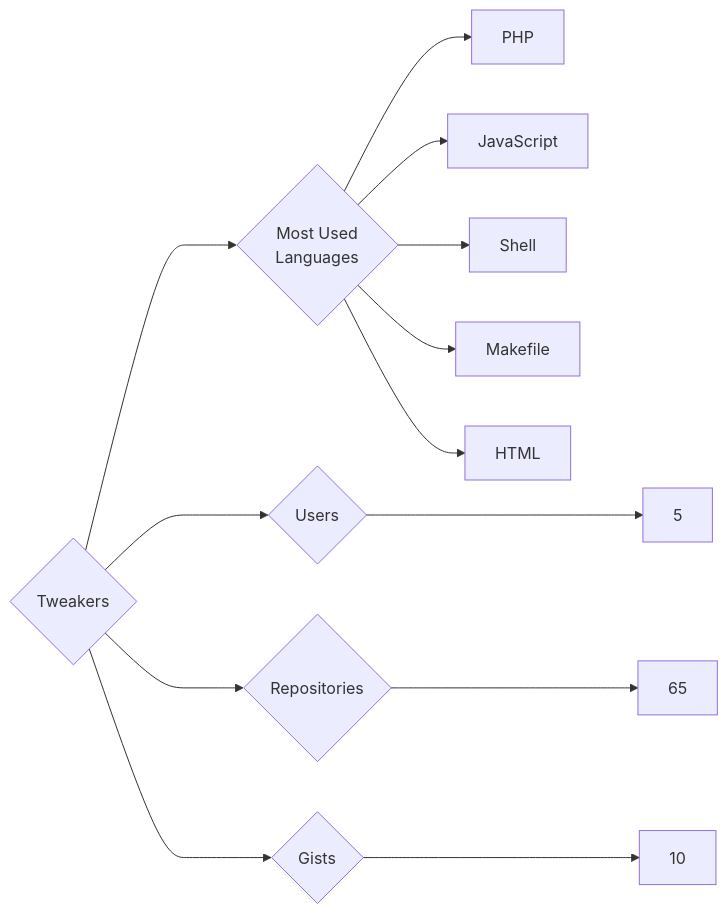
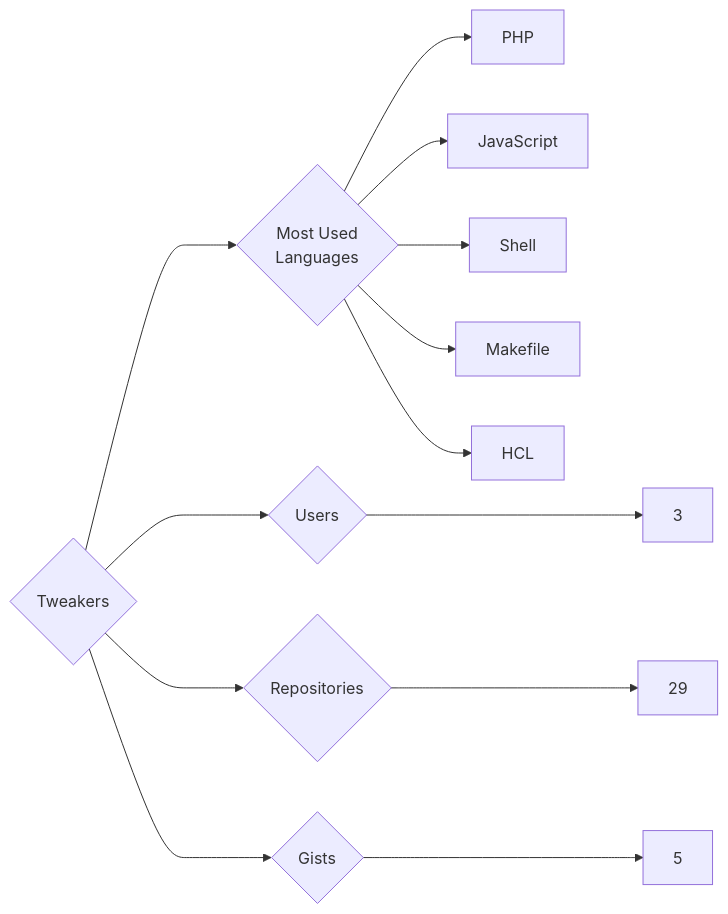
One commit to trickest/insiders changed the diagram in targets/Tweakers/README.md. Above: the diagram before and after it, drawn with Mermaid. The commit also changed 920 other files, not shown here.

````diff
--- a/targets/Tweakers/README.md
+++ b/targets/Tweakers/README.md
@@ -3,13 +3,13 @@
 ```mermaid
 graph LR
 COMPANY_NAME{Tweakers}
-COMPANY_NAME ---> U{Users} ---> UN[5]
-COMPANY_NAME ---> R{Repositories} ---> RN[65]
-COMPANY_NAME ---> G{Gists} ---> GN[10]
+COMPANY_NAME ---> U{Users} ---> UN[3]
+COMPANY_NAME ---> R{Repositories} ---> RN[29]
+COMPANY_NAME ---> G{Gists} ---> GN[5]
 COMPANY_NAME ---> ML{Most Used<br>Languages}
 ML --> PHP[PHP]
 ML --> JavaScript[JavaScript]
 ML --> Shell[Shell]
 ML --> Makefile[Makefile]
-ML --> HTML[HTML]
+ML --> HCL[HCL]
 ```
````
